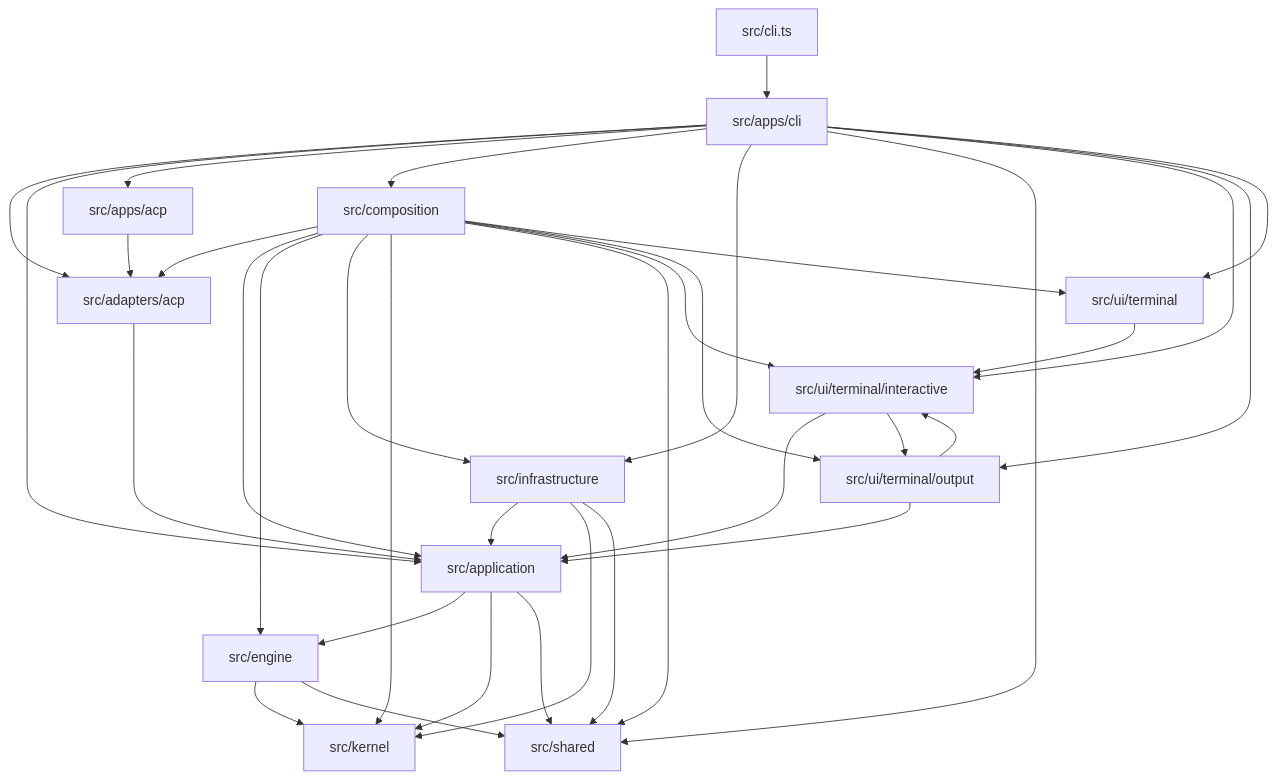
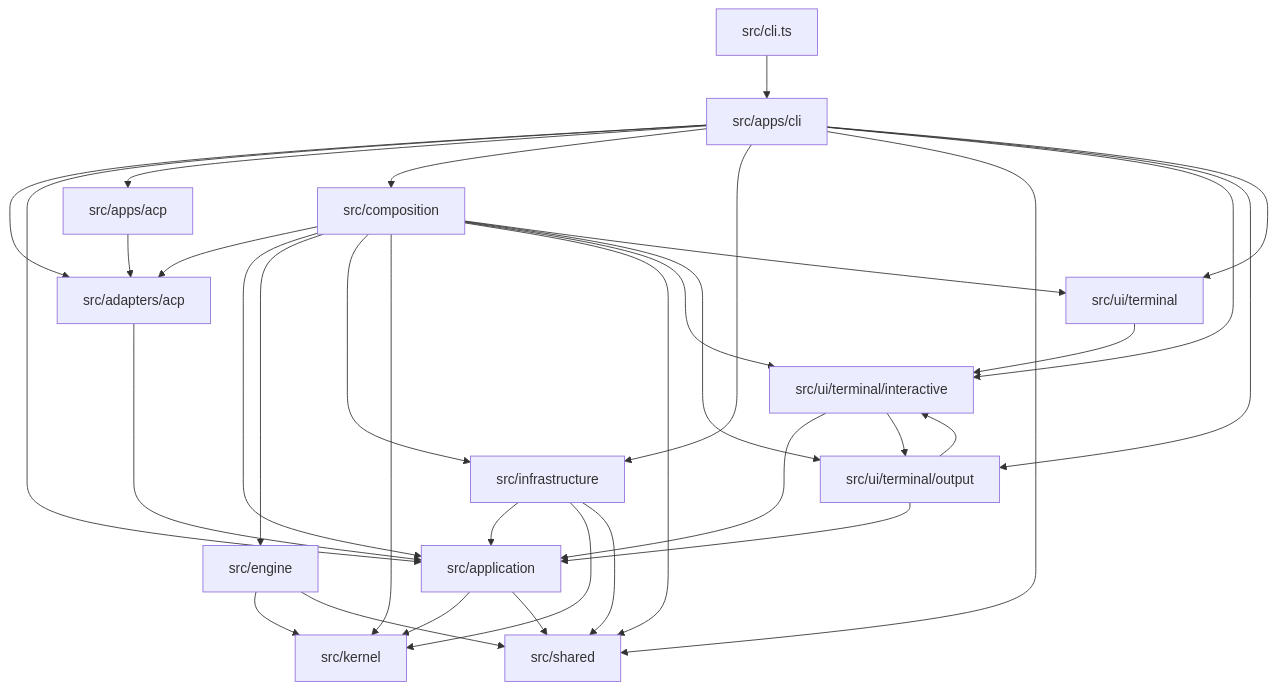
The diagram in ARCHITECTURE.md (avacadorun-dev/soba-agent), drawn with Mermaid before and after one commit. The commit also changed other lines of this file and 17 other files, not shown here.

Commit message:
refactor: seal application engine boundary

````diff
--- a/ARCHITECTURE.md
+++ b/ARCHITECTURE.md
@@ -37,51 +37,50 @@
 ```mermaid
 flowchart TD
   cliShim["src/cli.ts"]
   appsCli["src/apps/cli"]
   appsAcp["src/apps/acp"]
   adaptersAcp["src/adapters/acp"]
   application["src/application"]
   composition["src/composition"]
   engine["src/engine"]
   infrastructure["src/infrastructure"]
   kernel["src/kernel"]
   shared["src/shared"]
   uiOutput["src/ui/terminal/output"]
   uiInteractive["src/ui/terminal/interactive"]
   uiTerminal["src/ui/terminal"]
 
   adaptersAcp --> application
-  application --> engine
   application --> kernel
   application --> shared
   appsAcp --> adaptersAcp
   appsCli --> adaptersAcp
   appsCli --> application
   appsCli --> appsAcp
   appsCli --> composition
   appsCli --> infrastructure
   appsCli --> shared
   appsCli --> uiInteractive
   appsCli --> uiOutput
   appsCli --> uiTerminal
   cliShim --> appsCli
   composition --> adaptersAcp
   composition --> application
   composition --> engine
   composition --> infrastructure
   composition --> kernel
   composition --> shared
   composition --> uiInteractive
   composition --> uiOutput
   composition --> uiTerminal
   engine --> kernel
   engine --> shared
   infrastructure --> application
   infrastructure --> kernel
   infrastructure --> shared
   uiInteractive --> application
   uiInteractive --> uiOutput
   uiOutput --> application
   uiOutput --> uiInteractive
   uiTerminal --> uiInteractive
 ```
````
